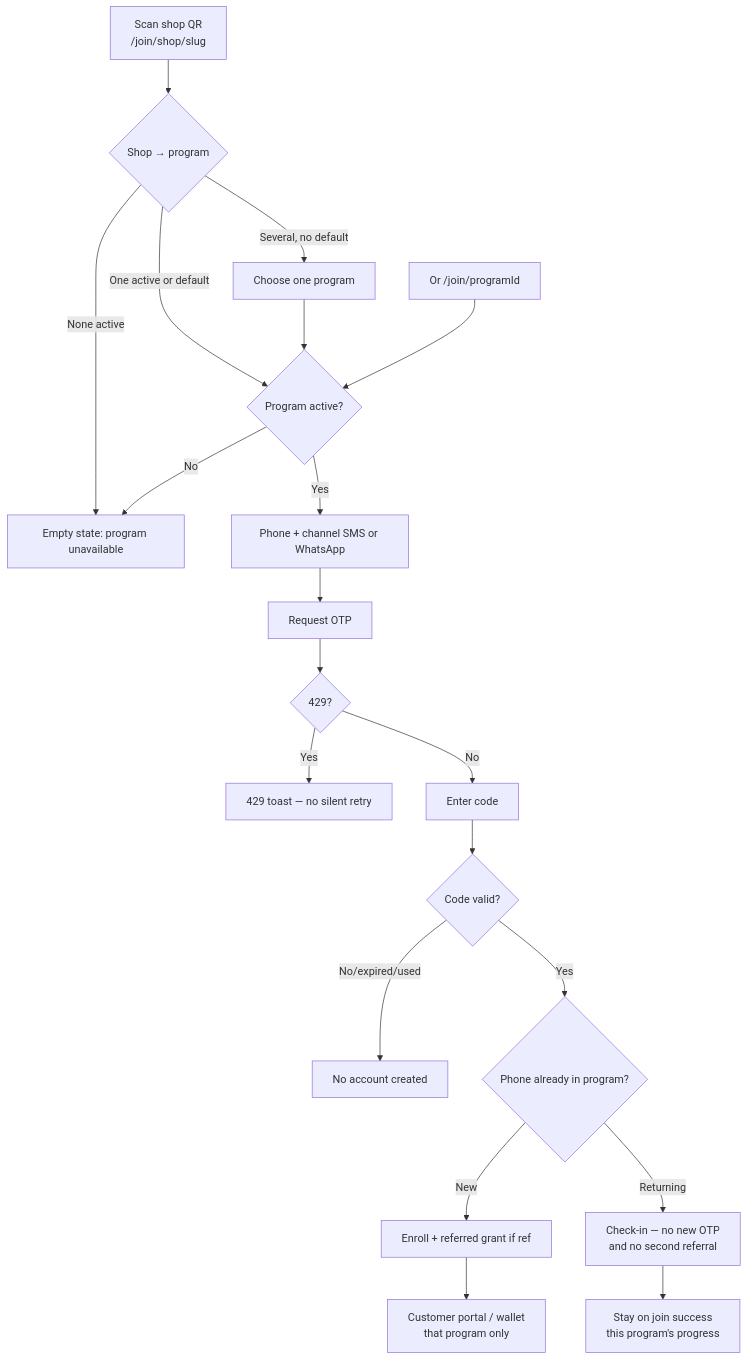
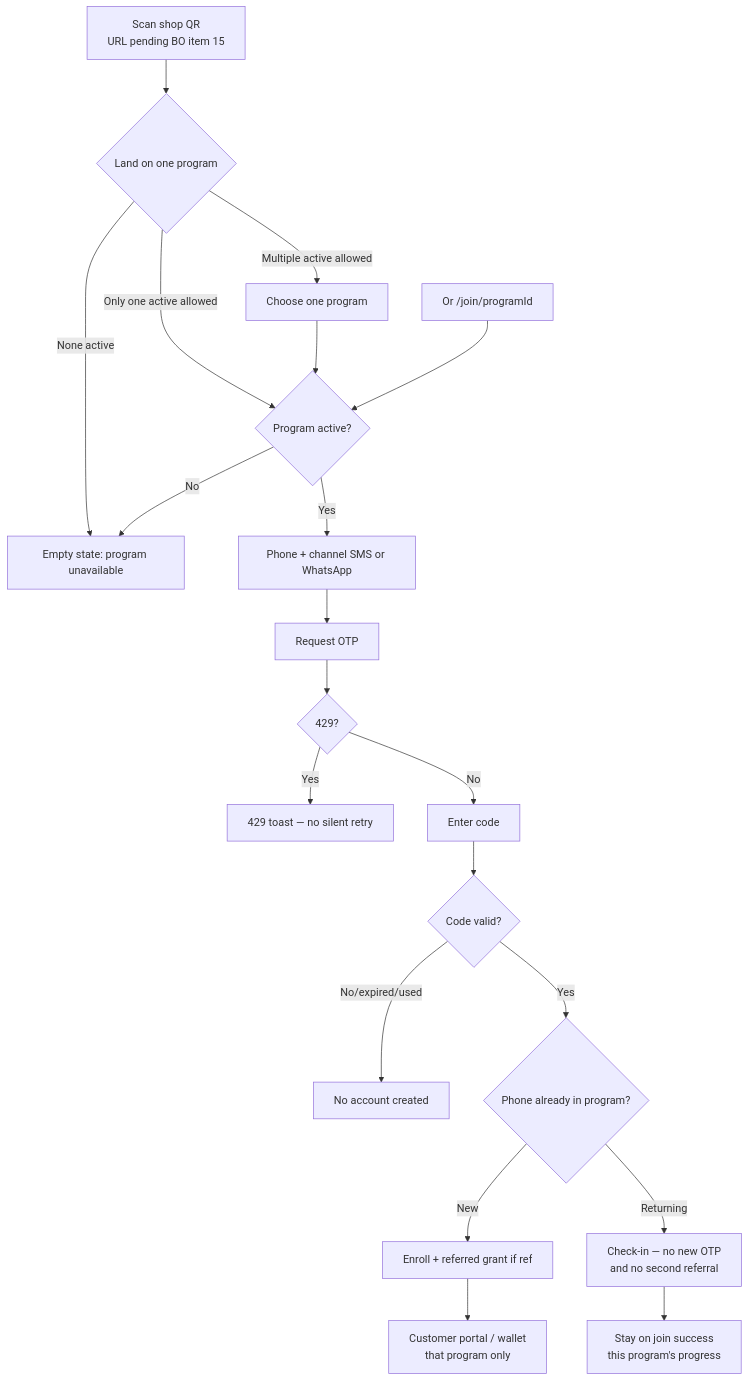
Before and after one commit to Ali-sherif/loyollo-web: the eighth of 9 diagrams in docs/product/auth-login-register-ui-brief.md, drawn with Mermaid. The commit also changed other lines of this file and 29 other files, not shown here.

First line of the commit message:
docs: update product manager meeting report and architecture documentation for loyalty programs and backend stack

````diff
--- a/docs/product/auth-login-register-ui-brief.md
+++ b/docs/product/auth-login-register-ui-brief.md
@@ -278,22 +278,22 @@
 ```mermaid
 flowchart TD
-  QR["Scan shop QR\n/join/shop/slug"] --> Resolve{Shop → program}
+  QR["Scan shop QR\nURL pending BO item 15"] --> Resolve{Land on one program}
   Resolve -->|None active| Empty["Empty state: program unavailable"]
-  Resolve -->|Several, no default| Pick["Choose one program"]
-  Resolve -->|One active or default| Prog{Program active?}
+  Resolve -->|Only one active allowed| Prog{Program active?}
+  Resolve -->|Multiple active allowed| Pick["Choose one program"]
   Pick --> Prog
   Direct["Or /join/programId"] --> Prog
   Prog -->|No| Empty
   Prog -->|Yes| Phone["Phone + channel SMS or WhatsApp"]
   Phone --> Req["Request OTP"]
   Req --> RL{429?}
   RL -->|Yes| Toast["429 toast — no silent retry"]
   RL -->|No| Code["Enter code"]
   Code --> Valid{Code valid?}
   Valid -->|No/expired/used| NoRow["No account created"]
   Valid -->|Yes| NewOrOld{Phone already in program?}
   NewOrOld -->|New| Enroll["Enroll + referred grant if ref"]
   NewOrOld -->|Returning| CheckIn["Check-in — no new OTP\nand no second referral"]
   Enroll --> Portal["Customer portal / wallet\nthat program only"]
   CheckIn --> Stay["Stay on join success\nthis program's progress"]
 ```
````
